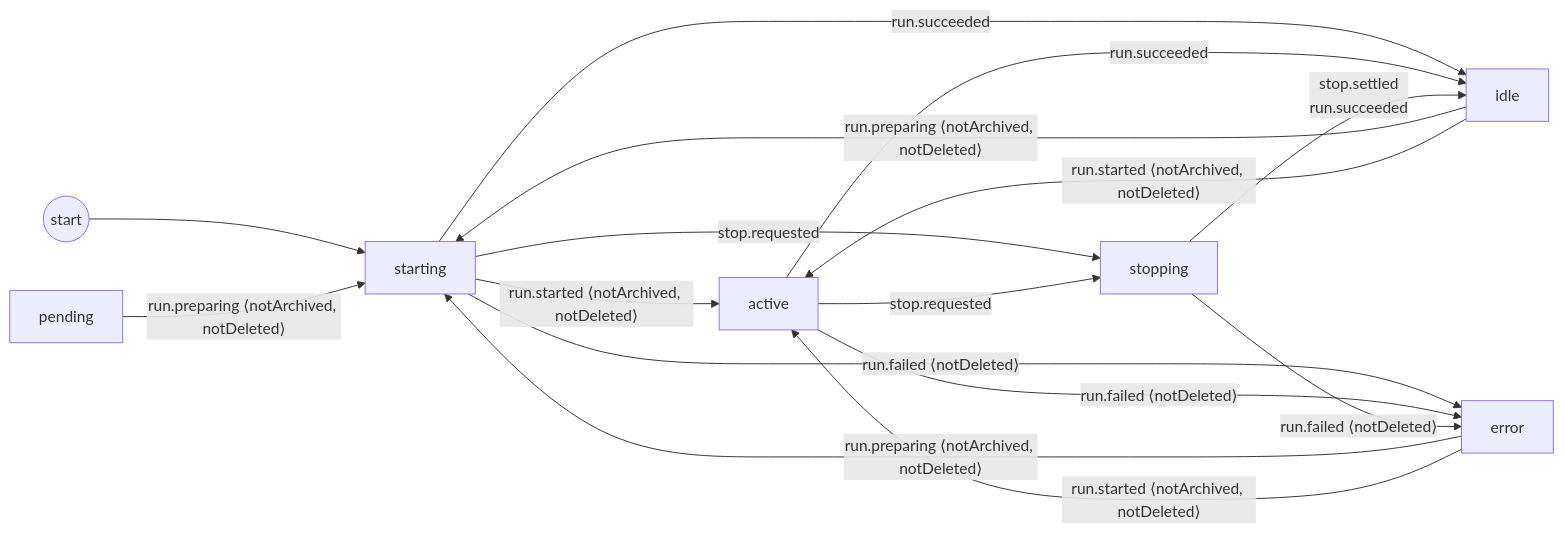
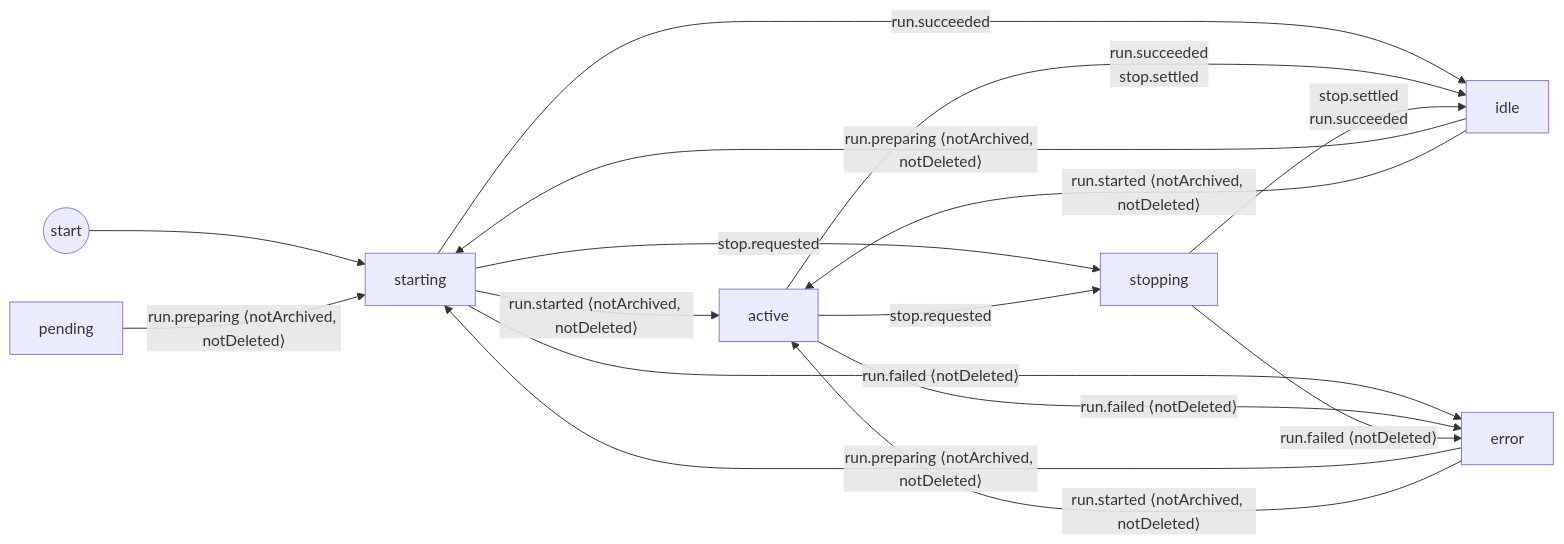
Before and after one commit to get-bb/bb: the first of 2 diagrams in docs/lifecycle-diagrams.md, drawn with Mermaid.

Commit message:
Update lifecycle diagram for confirmed active stops

````diff
--- a/docs/lifecycle-diagrams.md
+++ b/docs/lifecycle-diagrams.md
@@ -23,25 +23,25 @@
 ```mermaid
 flowchart LR
     __start((start))
     pending["pending"]
     idle["idle"]
     starting["starting"]
     active["active"]
     stopping["stopping"]
     error["error"]
     __start --> starting
     pending -->|"run.preparing ⟨notArchived, notDeleted⟩"| starting
     idle -->|"run.preparing ⟨notArchived, notDeleted⟩"| starting
     idle -->|"run.started ⟨notArchived, notDeleted⟩"| active
     starting -->|"run.started ⟨notArchived, notDeleted⟩"| active
     starting -->|"run.succeeded"| idle
     starting -->|"run.failed ⟨notDeleted⟩"| error
     starting -->|"stop.requested"| stopping
-    active -->|"run.succeeded"| idle
+    active -->|"run.succeeded<br/>stop.settled"| idle
     active -->|"run.failed ⟨notDeleted⟩"| error
     active -->|"stop.requested"| stopping
     stopping -->|"stop.settled<br/>run.succeeded"| idle
     stopping -->|"run.failed ⟨notDeleted⟩"| error
     error -->|"run.preparing ⟨notArchived, notDeleted⟩"| starting
     error -->|"run.started ⟨notArchived, notDeleted⟩"| active
 ```
````
